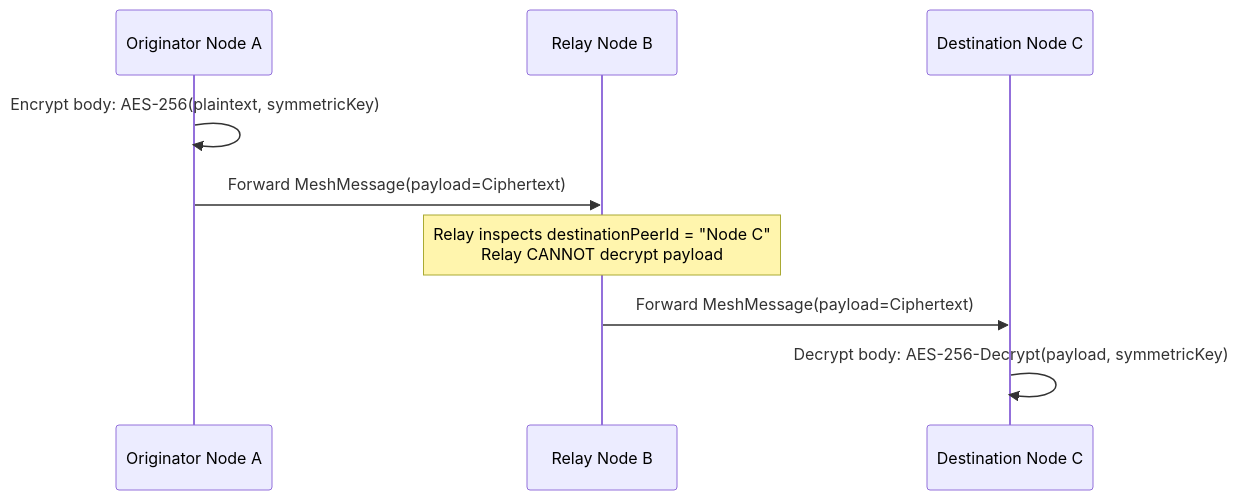
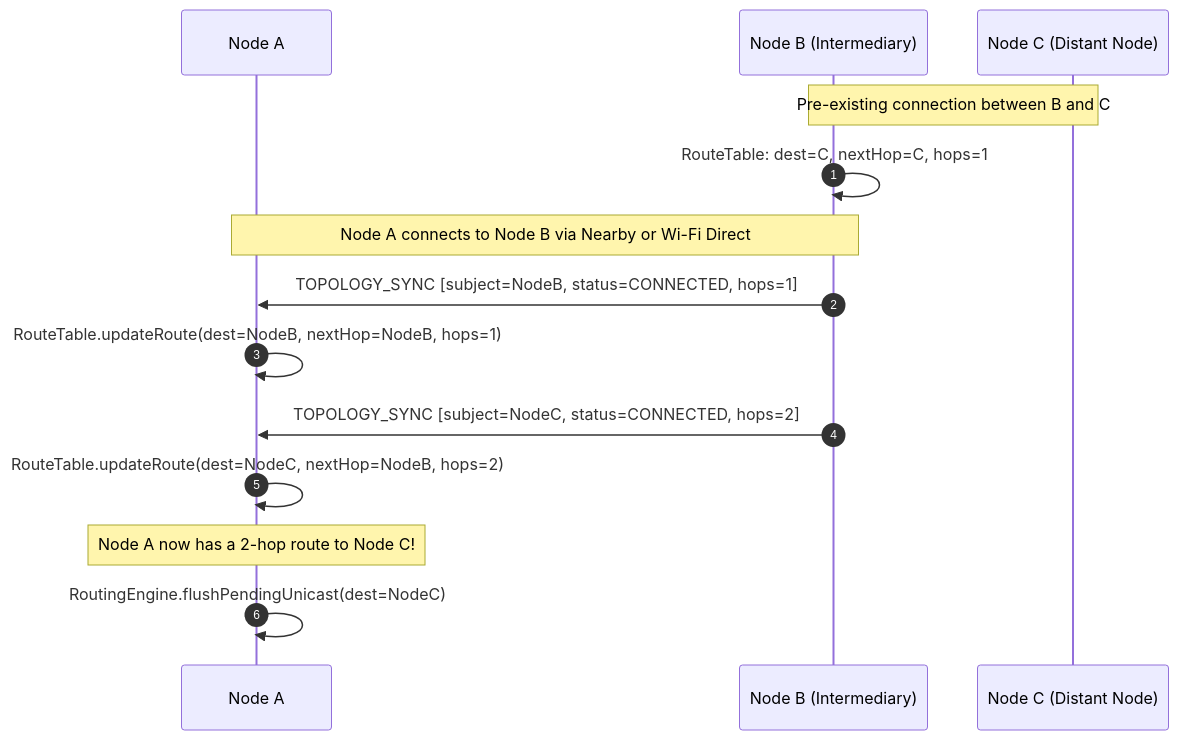
Before and after one commit to prem-000/Nexora: the fifth of 6 diagrams in docs/arch.md, drawn with Mermaid. The commit also changed other lines of this file and 8 other files, not shown here.

````diff
--- a/docs/arch.md
+++ b/docs/arch.md
@@ -137,12 +362,20 @@
 ```mermaid
 sequenceDiagram
-    participant Origin as Originator Node A
-    participant Relay as Relay Node B
-    participant Dest as Destination Node C
+    autonumber
+    participant NodeA as Node A
+    participant NodeB as Node B (Intermediary)
+    participant NodeC as Node C (Distant Node)
 
-    Origin->>Origin: Encrypt body: AES-256(plaintext, symmetricKey)
-    Origin->>Relay: Forward MeshMessage(payload=Ciphertext)
-    Note over Relay: Relay inspects destinationPeerId = "Node C"<br/>Relay CANNOT decrypt payload
-    Relay->>Dest: Forward MeshMessage(payload=Ciphertext)
-    Dest->>Dest: Decrypt body: AES-256-Decrypt(payload, symmetricKey)
+    Note over NodeB,NodeC: Pre-existing connection between B and C
+    NodeB->>NodeB: RouteTable: dest=C, nextHop=C, hops=1
+
+    Note over NodeA,NodeB: Node A connects to Node B via Nearby or Wi-Fi Direct
+    NodeB->>NodeA: TOPOLOGY_SYNC [subject=NodeB, status=CONNECTED, hops=1]
+    NodeA->>NodeA: RouteTable.updateRoute(dest=NodeB, nextHop=NodeB, hops=1)
+
+    NodeB->>NodeA: TOPOLOGY_SYNC [subject=NodeC, status=CONNECTED, hops=2]
+    NodeA->>NodeA: RouteTable.updateRoute(dest=NodeC, nextHop=NodeB, hops=2)
+
+    Note over NodeA: Node A now has a 2-hop route to Node C!
+    NodeA->>NodeA: RoutingEngine.flushPendingUnicast(dest=NodeC)
 ```
````
